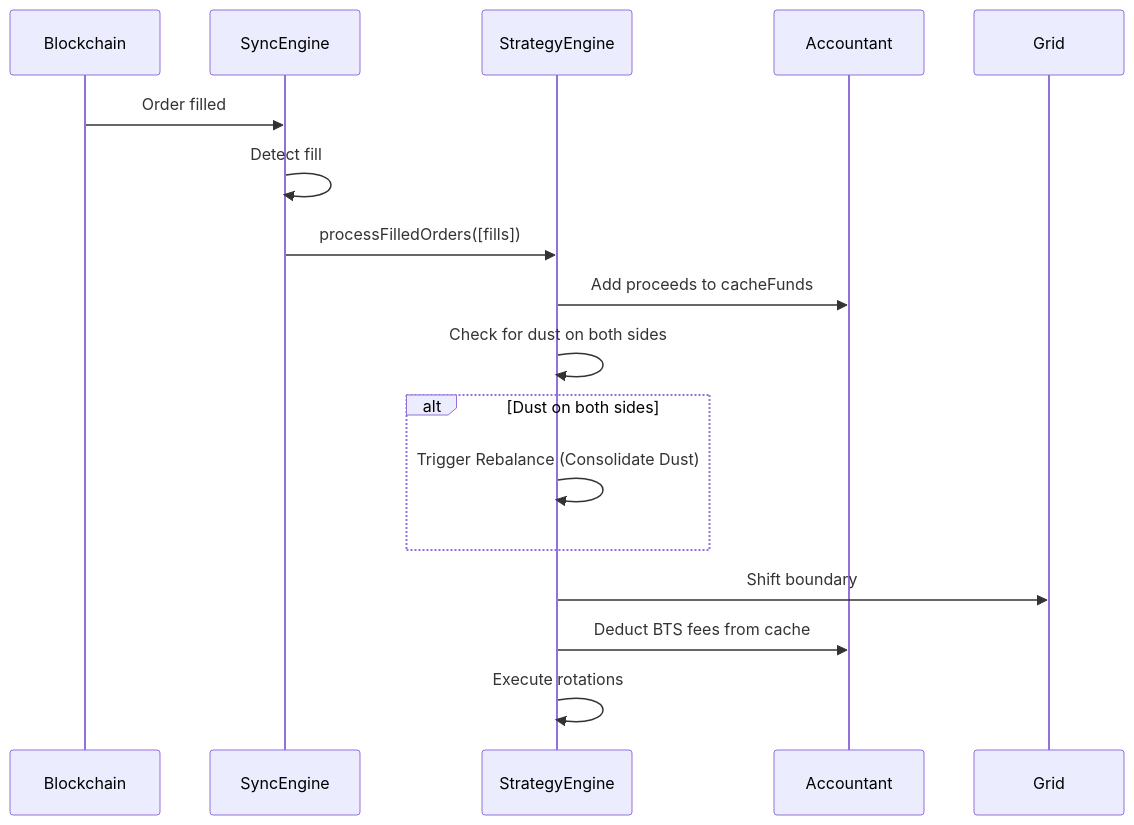
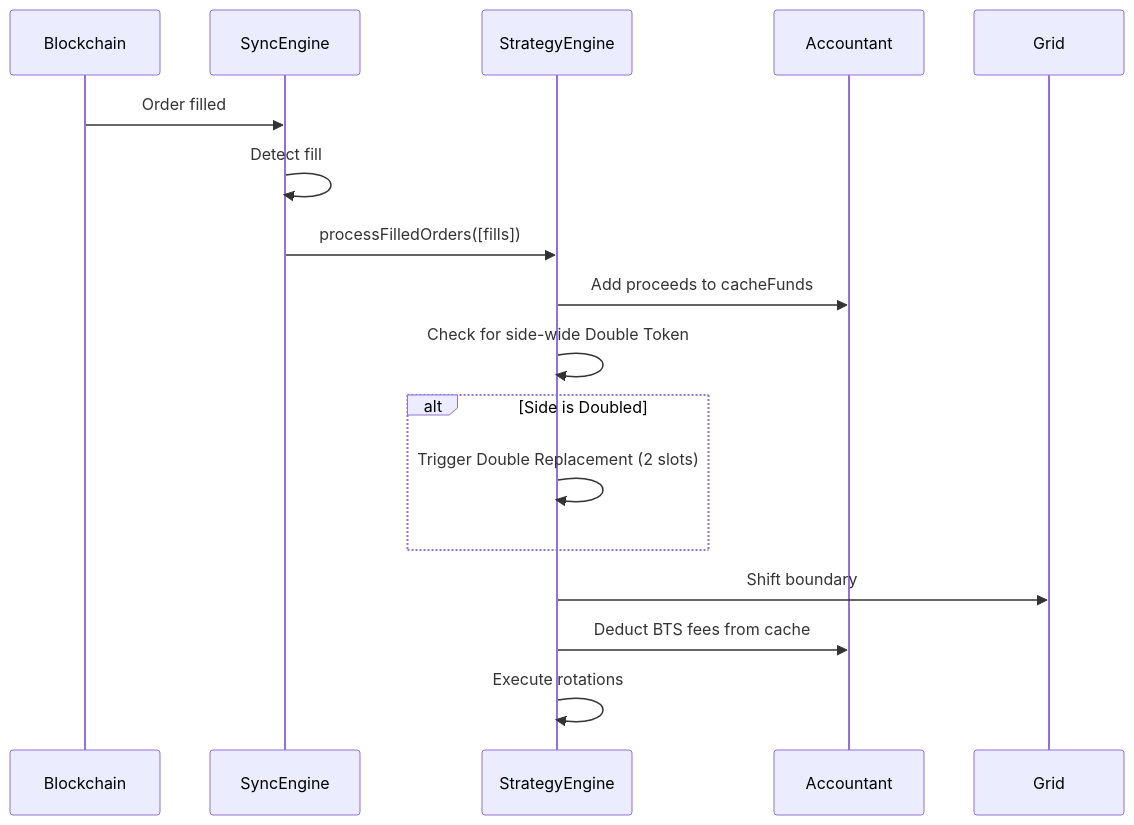
One commit to abitmore/DEXBot2 changed the seventh of 12 diagrams in docs/architecture.md. Above: the diagram before and after it, drawn with Mermaid. The commit also changed other lines of this file and 2 other files, not shown here.

Commit message:
docs: update documentation to reflect simplified double-order strategy

````diff
--- a/docs/architecture.md
+++ b/docs/architecture.md
@@ -313,22 +313,22 @@
 ```mermaid
 sequenceDiagram
     participant Chain as Blockchain
     participant Sync as SyncEngine
     participant Strat as StrategyEngine
     participant Acct as Accountant
     participant Grid as Grid
 
     Chain->>Sync: Order filled
     Sync->>Sync: Detect fill
     Sync->>Strat: processFilledOrders([fills])
     
     Strat->>Acct: Add proceeds to cacheFunds
-        Strat->>Strat: Check for dust on both sides
-        alt Dust on both sides
-            Strat->>Strat: Trigger Rebalance (Consolidate Dust)
+        Strat->>Strat: Check for side-wide Double Token
+        alt Side is Doubled
+            Strat->>Strat: Trigger Double Replacement (2 slots)
         end
     
     Strat->>Grid: Shift boundary
     Strat->>Acct: Deduct BTS fees from cache
     Strat->>Strat: Execute rotations
 ```
````
